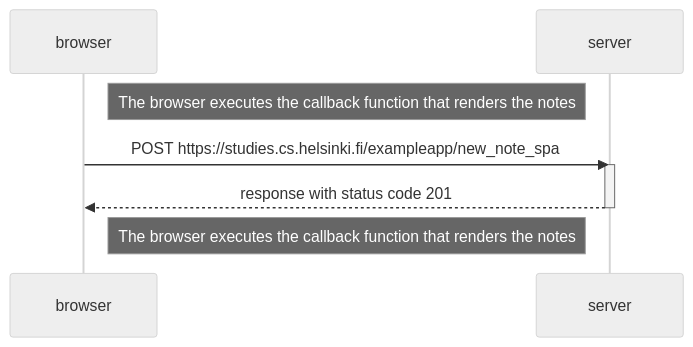
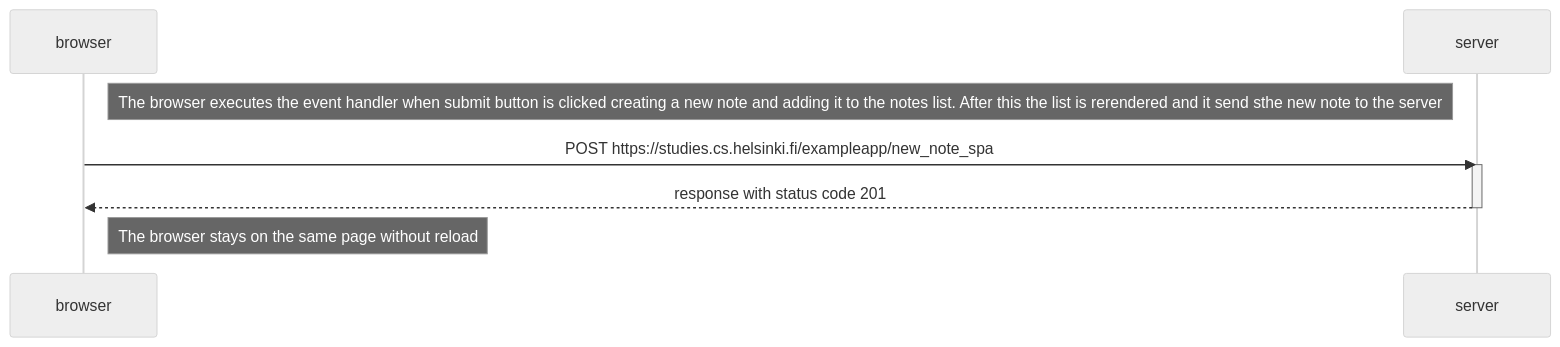
One commit to eliastakala/Fullstack-2023 changed the diagram in part0/spanewnote.md. Above: the diagram before and after it, drawn with Mermaid (neutral theme).

Commit message:
final spa new note

````diff
--- a/part0/spanewnote.md
+++ b/part0/spanewnote.md
@@ -1,14 +1,14 @@
 ```mermaid
 sequenceDiagram
     participant browser
     participant server
     
-    Note right of browser: The browser executes the callback function that renders the notes 
-    
+    Note right of browser: The browser executes the event handler when submit button is clicked creating a new note and adding it to the notes list. After this the list is rerendered and it send sthe new note to the server
+
     browser->>server: POST https://studies.cs.helsinki.fi/exampleapp/new_note_spa
     activate server
     server-->>browser: response with status code 201
     deactivate server
     
-    Note right of browser: The browser executes the callback function that renders the notes 
+    Note right of browser: The browser stays on the same page without reload
 ```
````
